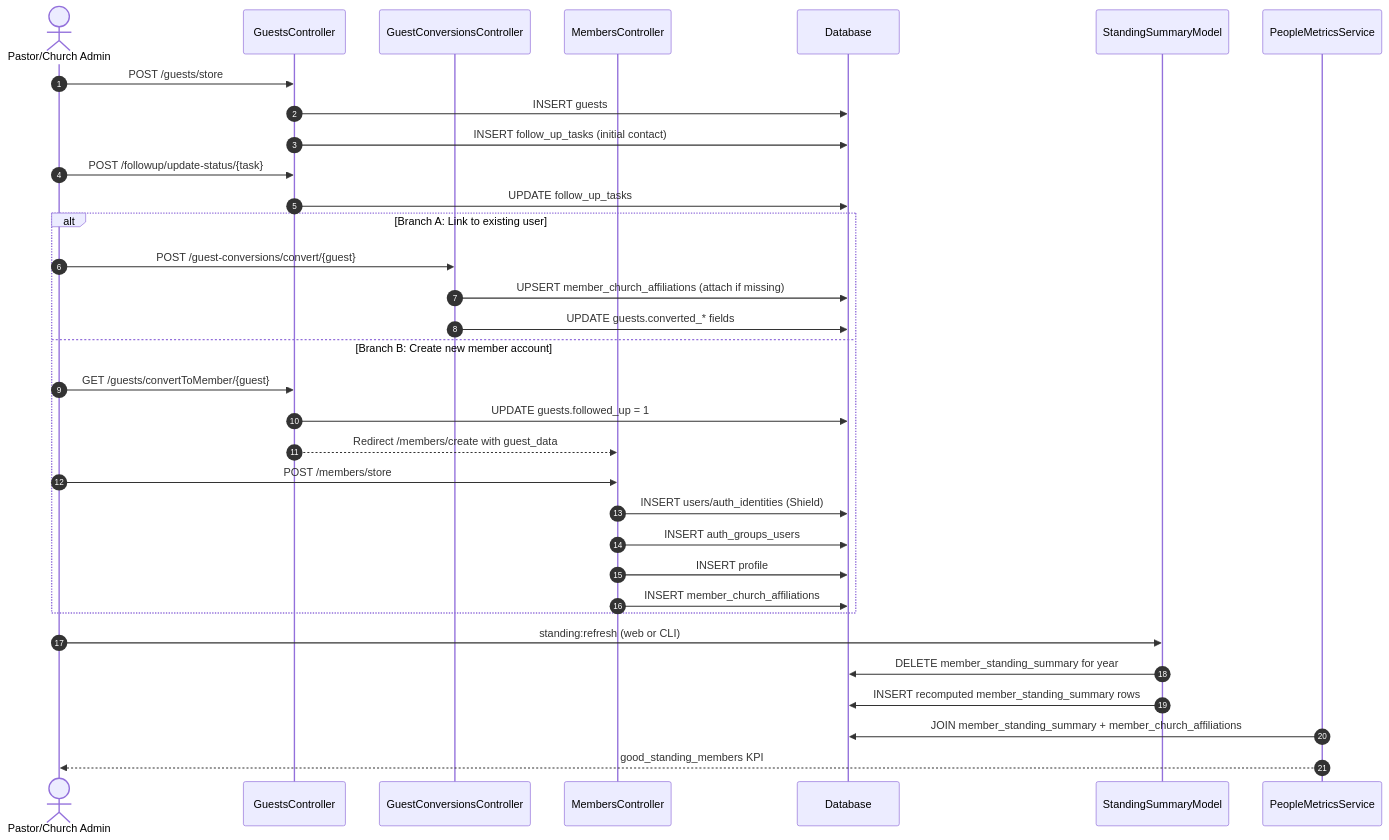
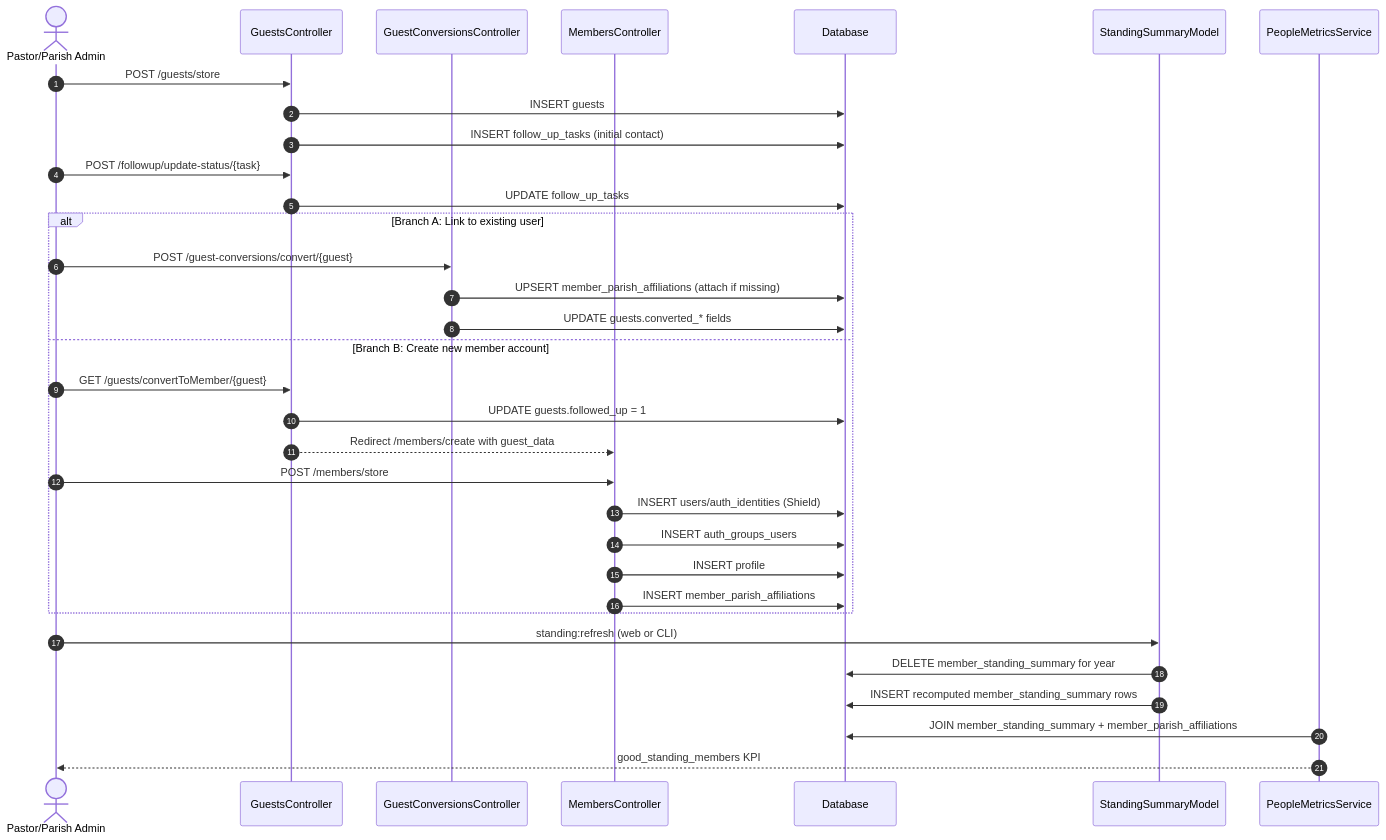
Before and after one commit to ekklesiaonline/ekklesiaONLINE: the diagram in docs/GUEST_REGISTRATION_TO_GOOD_STANDING_FLOW_REPORT_2026-04-11.md, drawn with Mermaid. The commit also changed other lines of this file and 266 other files, not shown here.

First line of the commit message:
Project-wide terminology migration: church -> parish

````diff
--- a/docs/GUEST_REGISTRATION_TO_GOOD_STANDING_FLOW_REPORT_2026-04-11.md
+++ b/docs/GUEST_REGISTRATION_TO_GOOD_STANDING_FLOW_REPORT_2026-04-11.md
@@ -51,40 +51,40 @@
 ```mermaid
 sequenceDiagram
     autonumber
-    actor Staff as Pastor/Church Admin
+    actor Staff as Pastor/Parish Admin
     participant G as GuestsController
     participant GC as GuestConversionsController
     participant M as MembersController
     participant DB as Database
     participant S as StandingSummaryModel
     participant KPI as PeopleMetricsService
 
     Staff->>G: POST /guests/store
     G->>DB: INSERT guests
     G->>DB: INSERT follow_up_tasks (initial contact)
 
     Staff->>G: POST /followup/update-status/{task}
     G->>DB: UPDATE follow_up_tasks
 
     alt Branch A: Link to existing user
         Staff->>GC: POST /guest-conversions/convert/{guest}
-        GC->>DB: UPSERT member_church_affiliations (attach if missing)
+        GC->>DB: UPSERT member_parish_affiliations (attach if missing)
         GC->>DB: UPDATE guests.converted_* fields
     else Branch B: Create new member account
         Staff->>G: GET /guests/convertToMember/{guest}
         G->>DB: UPDATE guests.followed_up = 1
         G-->>M: Redirect /members/create with guest_data
         Staff->>M: POST /members/store
         M->>DB: INSERT users/auth_identities (Shield)
         M->>DB: INSERT auth_groups_users
         M->>DB: INSERT profile
-        M->>DB: INSERT member_church_affiliations
+        M->>DB: INSERT member_parish_affiliations
     end
 
     Staff->>S: standing:refresh (web or CLI)
     S->>DB: DELETE member_standing_summary for year
     S->>DB: INSERT recomputed member_standing_summary rows
 
-    KPI->>DB: JOIN member_standing_summary + member_church_affiliations
+    KPI->>DB: JOIN member_standing_summary + member_parish_affiliations
     KPI-->>Staff: good_standing_members KPI
 ```
````
